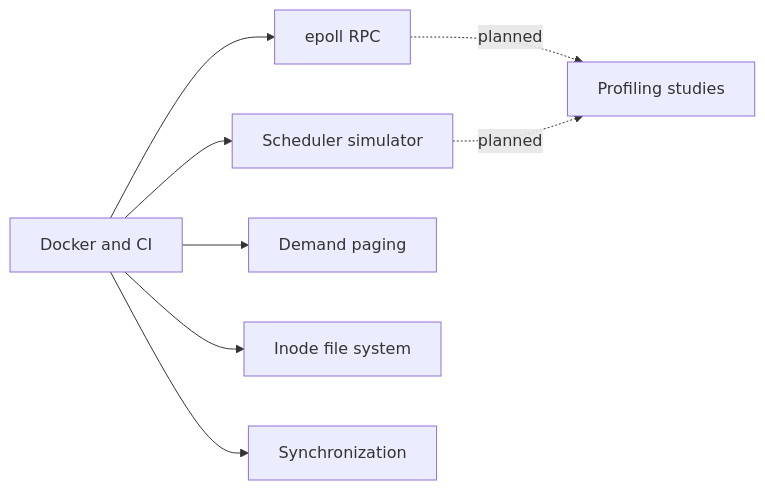
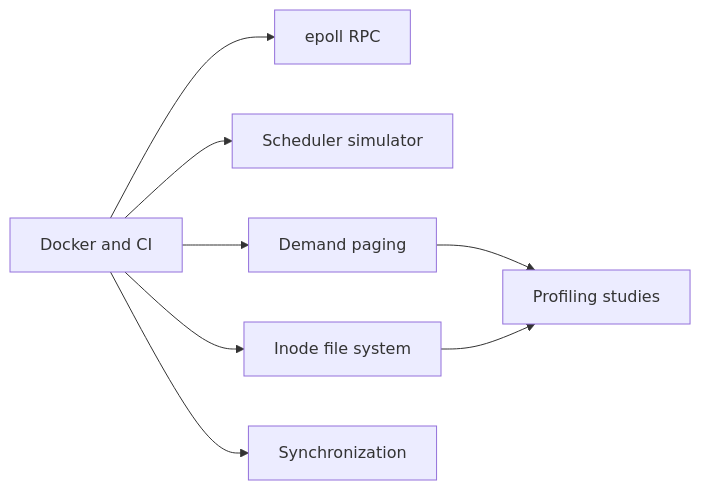
One commit to NickZhuxy/os-subsystems changed the diagram in README.md. Above: the diagram before and after it, drawn with Mermaid. The commit also changed other lines of this file and 31 other files, not shown here.

````diff
--- a/README.md
+++ b/README.md
@@ -10,10 +10,10 @@
 ```mermaid
 flowchart LR
   Docker[Docker and CI] --> RPC[epoll RPC]
   Docker --> Sched[Scheduler simulator]
   Docker --> VM[Demand paging]
   Docker --> FS[Inode file system]
   Docker --> Sync[Synchronization]
-  RPC -. planned .-> Bench[Profiling studies]
-  Sched -. planned .-> Bench
+  VM --> Bench[Profiling studies]
+  FS --> Bench
 ```
````
